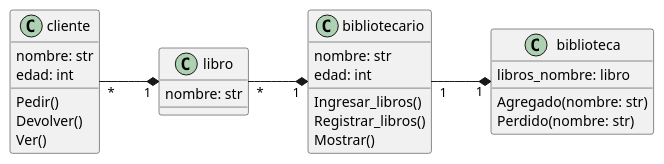
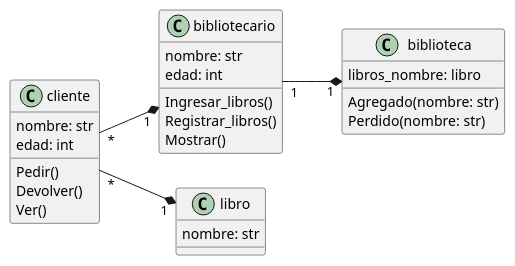
One commit to Lacuellar/First_Partial_OOP changed the diagram in uml_biblioteca.puml. Above: the diagram before and after it, drawn with PlantUML.

```diff
--- a/uml_biblioteca.puml
+++ b/uml_biblioteca.puml
@@ -1,35 +1,33 @@
 @startuml
-
 left to right direction
 
 class cliente{
 nombre: str
 edad: int
 Pedir()
 Devolver()
 Ver()
 }
 
 class bibliotecario{
 nombre: str
 edad: int
 Ingresar_libros()
 Registrar_libros()
 Mostrar()
 }
 
 class libro{
 nombre: str
 }
 
 class biblioteca{
 libros_nombre: libro
 Agregado(nombre: str)
 Perdido(nombre: str)
 }
 
 cliente "*" --*  "1" libro
-libro "*" --*  "1" bibliotecario
+cliente "*" --*  "1" bibliotecario
 bibliotecario "1" --* "1" biblioteca
-
 @enduml
```
